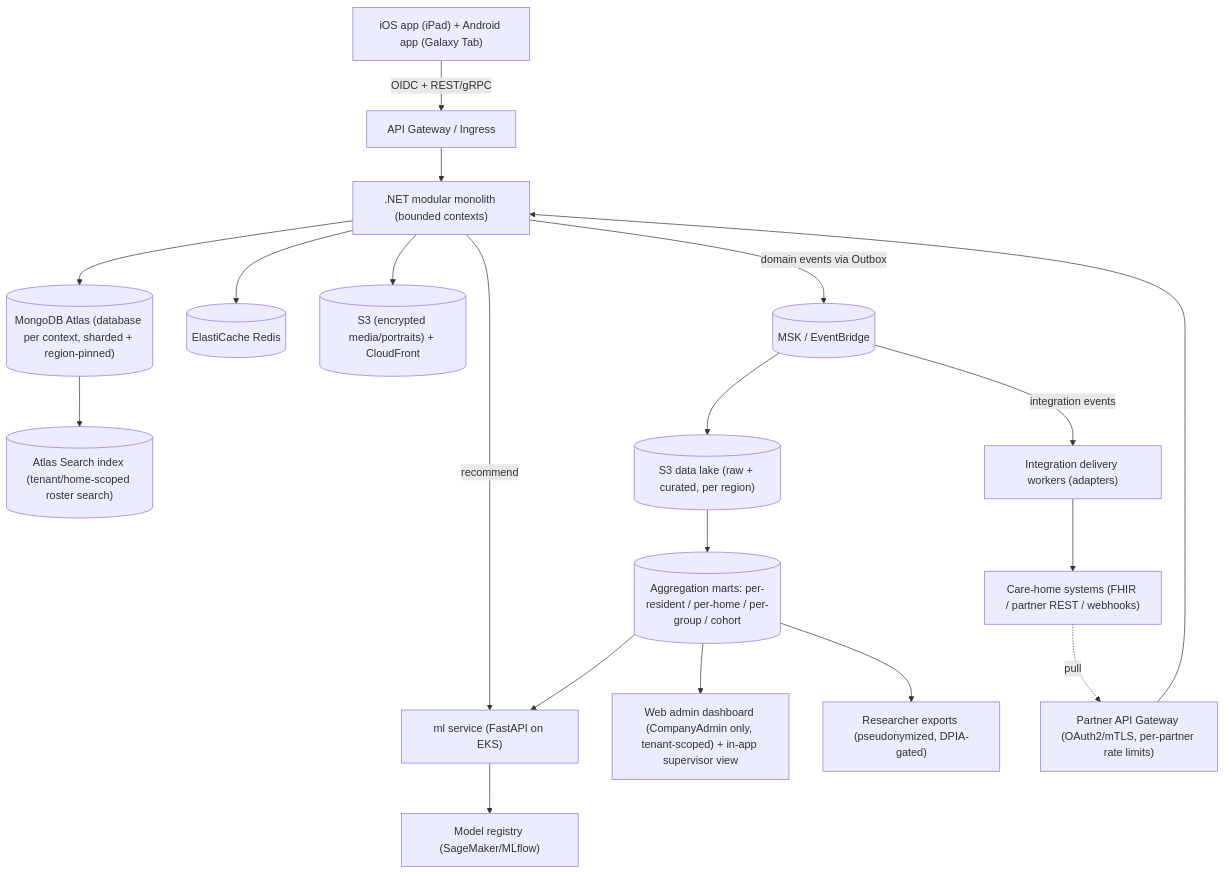
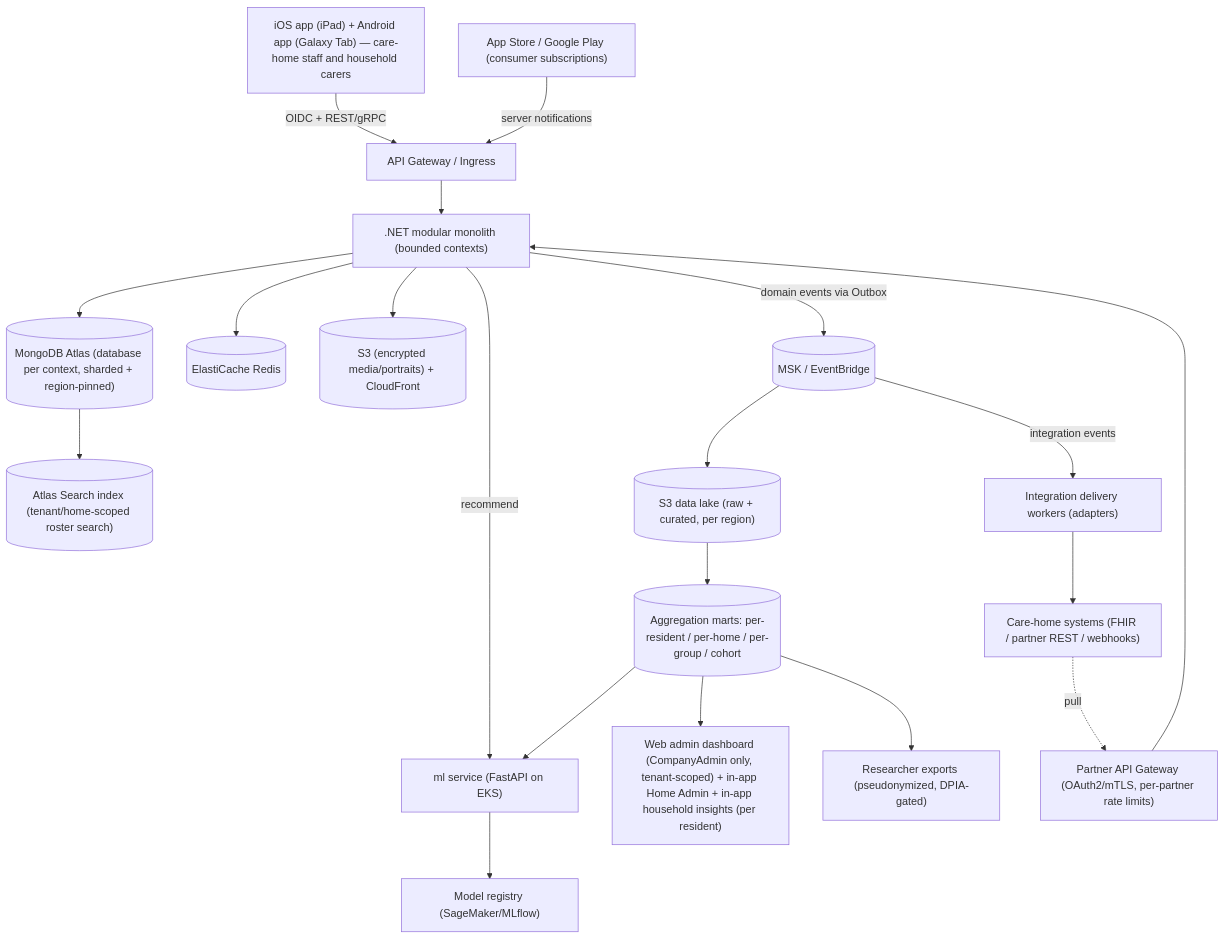
Before and after one commit to robertor12345/NoteStalgia-iOS: the diagram in docs/IMPLEMENTATION_PLAN.md, drawn with Mermaid. The commit also changed other lines of this file and 81 other files, not shown here.

````diff
--- a/docs/IMPLEMENTATION_PLAN.md
+++ b/docs/IMPLEMENTATION_PLAN.md
@@ -82,21 +107,22 @@
 ```mermaid
 flowchart TD
-  Clients["iOS app (iPad) + Android app (Galaxy Tab)"] -->|OIDC + REST/gRPC| GW[API Gateway / Ingress]
+  Clients["iOS app (iPad) + Android app (Galaxy Tab) — care-home staff and household carers"] -->|OIDC + REST/gRPC| GW[API Gateway / Ingress]
+  Stores["App Store / Google Play (consumer subscriptions)"] -->|server notifications| GW
   GW --> Backend[".NET modular monolith (bounded contexts)"]
   Backend --> Mongo[("MongoDB Atlas (database per context, sharded + region-pinned)")]
   Mongo --> Search[("Atlas Search index (tenant/home-scoped roster search)")]
   Backend --> Redis[("ElastiCache Redis")]
   Backend --> S3[("S3 (encrypted media/portraits) + CloudFront")]
   Backend -->|domain events via Outbox| Bus[("MSK / EventBridge")]
   Backend -->|recommend| ML["ml service (FastAPI on EKS)"]
   Bus --> Lake[("S3 data lake (raw + curated, per region)")]
   Lake --> Marts[("Aggregation marts: per-resident / per-home / per-group / cohort")]
-  Marts --> Dash["Web admin dashboard (CompanyAdmin only, tenant-scoped) + in-app supervisor view"]
+  Marts --> Dash["Web admin dashboard (CompanyAdmin only, tenant-scoped) + in-app Home Admin + in-app household insights (per resident)"]
   Marts --> Research["Researcher exports (pseudonymized, DPIA-gated)"]
   Marts --> ML
   ML --> Registry["Model registry (SageMaker/MLflow)"]
   Bus -->|integration events| Delivery["Integration delivery workers (adapters)"]
   Delivery --> Partners["Care-home systems (FHIR / partner REST / webhooks)"]
   PartnerGW["Partner API Gateway (OAuth2/mTLS, per-partner rate limits)"] --> Backend
   Partners -.pull.-> PartnerGW
 ```
````
